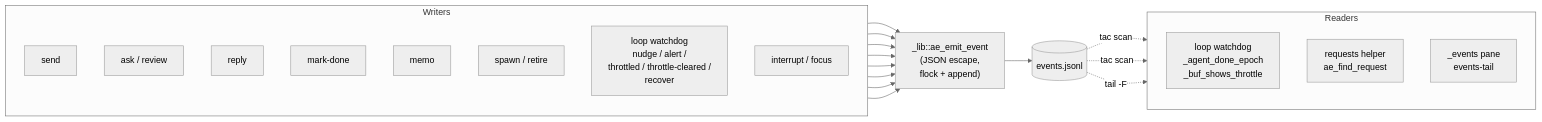
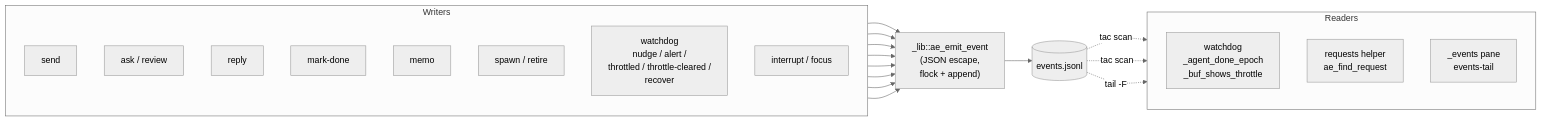
The diagram in docs/internals/events.md (clemens33/ae), drawn with Mermaid (neutral theme) before and after one commit. The commit also changed other lines of this file and 20 other files, not shown here.

````diff
--- a/docs/internals/events.md
+++ b/docs/internals/events.md
@@ -9,35 +9,35 @@
 ```mermaid
 flowchart LR
     subgraph Writers
         direction TB
         SH[send]
         AKH[ask / review]
         RPH[reply]
         MDH[mark-done]
         MEH[memo]
         SPH[spawn / retire]
-        LP1["loop watchdog<br/>nudge / alert /<br/>throttled / throttle-cleared /<br/>recover"]
+        LP1["watchdog<br/>nudge / alert /<br/>throttled / throttle-cleared /<br/>recover"]
         IH[interrupt / focus]
     end
     EE["_lib::ae_emit_event<br/>(JSON escape,<br/>flock + append)"]
     FILE[(events.jsonl)]
     subgraph Readers
         direction TB
-        LP2["loop watchdog<br/>_agent_done_epoch<br/>_buf_shows_throttle"]
+        LP2["watchdog<br/>_agent_done_epoch<br/>_buf_shows_throttle"]
         REQ["requests helper<br/>ae_find_request"]
         ET["_events pane<br/>events-tail"]
     end
 
     SH --> EE
     AKH --> EE
     RPH --> EE
     MDH --> EE
     MEH --> EE
     SPH --> EE
     LP1 --> EE
     IH --> EE
     EE --> FILE
     FILE -.tac scan.-> LP2
     FILE -.tac scan.-> REQ
     FILE -.tail -F.-> ET
 ```
````
